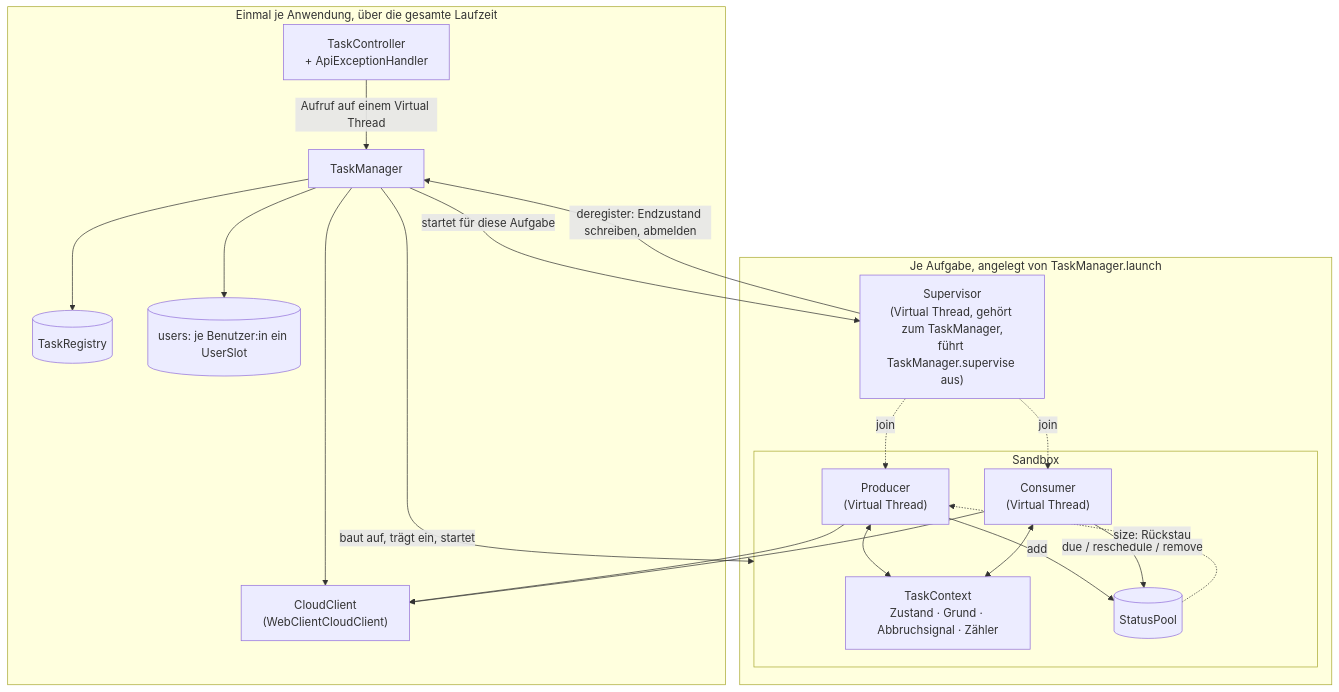
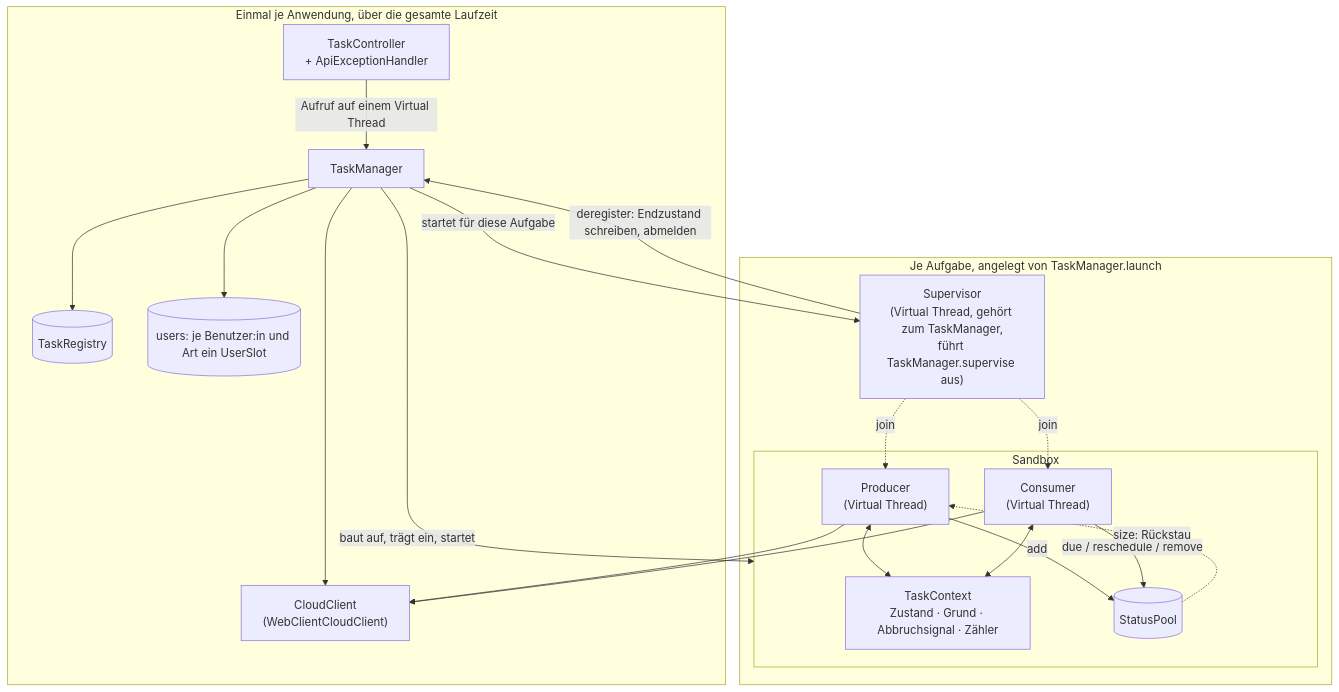
The diagram in docs/architect/laufzeitstruktur.mmd (wwsstl/asynchrone-anwendungsarchitektur), drawn with Mermaid before and after one commit. The commit also changed 35 other files, not shown here.

```diff
--- a/docs/architect/laufzeitstruktur.mmd
+++ b/docs/architect/laufzeitstruktur.mmd
@@ -1,39 +1,39 @@
 flowchart TB
 
     %% Laufzeitstruktur (Übersetzung von implementierung_zh.md, Abschnitt 1.4)
     %% Oben die Objekte, die es über die gesamte Laufzeit genau einmal gibt; unten, was je Aufgabe entsteht.
     %% Der Supervisor-Thread gehört zum TaskManager (er führt TaskManager.supervise aus) und ist nicht Teil der
     %% Sandbox; TaskManager.launch startet aber je Aufgabe einen eigenen.
 
     subgraph Singletons["Einmal je Anwendung, über die gesamte Laufzeit"]
         API["TaskController<br/>+ ApiExceptionHandler"]
         TM["TaskManager"]
         Reg[("TaskRegistry")]
-        Users[("users: je Benutzer:in ein UserSlot")]
+        Users[("users: je Benutzer:in und Art ein UserSlot")]
         Cloud["CloudClient<br/>(WebClientCloudClient)"]
     end
     subgraph PerTask["Je Aufgabe, angelegt von TaskManager.launch"]
         subgraph SB["Sandbox"]
             Ctx["TaskContext<br/>Zustand · Grund · Abbruchsignal · Zähler"]
             Pool[("StatusPool")]
             P["Producer<br/>(Virtual Thread)"]
             C["Consumer<br/>(Virtual Thread)"]
         end
         Sup["Supervisor<br/>(Virtual Thread, gehört zum TaskManager,<br/>führt TaskManager.supervise aus)"]
     end
     API -->|"Aufruf auf einem Virtual Thread"| TM
     TM --> Reg
     TM --> Users
     TM -->|"baut auf, trägt ein, startet"| SB
     TM -->|"startet für diese Aufgabe"| Sup
     P <--> Ctx
     C <--> Ctx
     P -->|"add"| Pool
     C -->|"due / reschedule / remove"| Pool
     Pool -.->|"size: Rückstau"| P
     Sup -.->|"join"| P
     Sup -.->|"join"| C
     Sup -->|"deregister: Endzustand schreiben, abmelden"| TM
     P --> Cloud
     C --> Cloud
     TM --> Cloud
```
